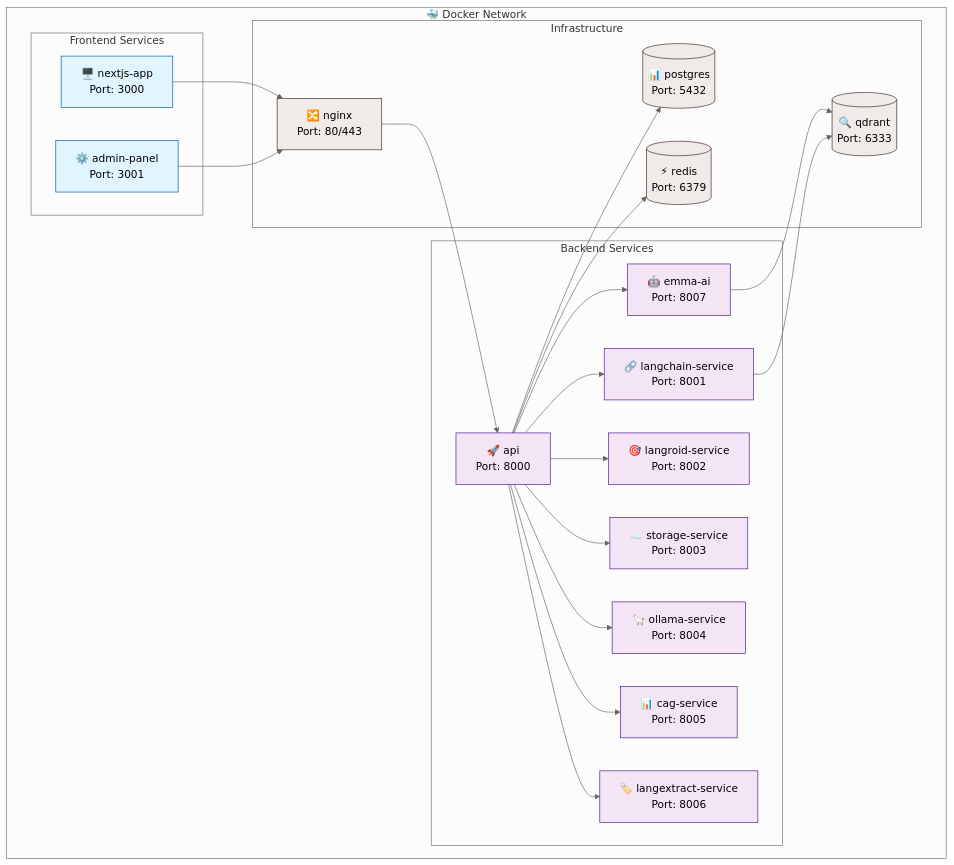
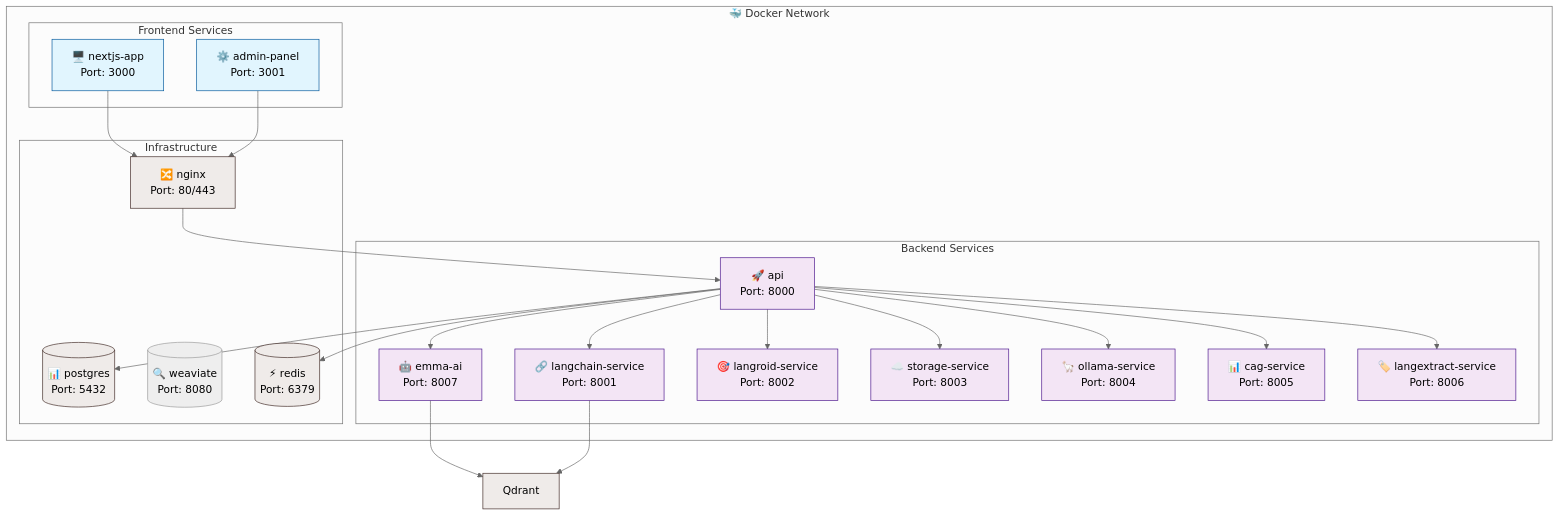
One commit to horelvis/nexus-documents-ia changed the fifth of 5 diagrams in README.md. Above: the diagram before and after it, drawn with Mermaid (neutral theme). The commit also changed 3 other files, not shown here.

First line of the commit message:
docs: corregir inconsistencias Qdrant/Weaviate en documentacion

````diff
--- a/README.md
+++ b/README.md
@@ -424,52 +424,52 @@
 ```mermaid
 graph TB
     subgraph "🐳 Docker Network"
         subgraph "Frontend Services"
             NextJS[🖥️ nextjs-app<br/>Port: 3000]
             Admin[⚙️ admin-panel<br/>Port: 3001]
         end
 
         subgraph "Backend Services"
             API[🚀 api<br/>Port: 8000]
             Emma[🤖 emma-ai<br/>Port: 8007]
             LangChain[🔗 langchain-service<br/>Port: 8001]
             Langroid[🎯 langroid-service<br/>Port: 8002]
             Storage[☁️ storage-service<br/>Port: 8003]
             Ollama[🦙 ollama-service<br/>Port: 8004]
             CAG[📊 cag-service<br/>Port: 8005]
             LangExtract[🏷️ langextract-service<br/>Port: 8006]
         end
 
         subgraph "Infrastructure"
             Postgres[(📊 postgres<br/>Port: 5432)]
-            Qdrant[(🔍 qdrant<br/>Port: 6333)]
+            Weaviate[(🔍 weaviate<br/>Port: 8080)]
             Redis[(⚡ redis<br/>Port: 6379)]
             Nginx[🔀 nginx<br/>Port: 80/443]
         end
     end
 
     NextJS --> Nginx
     Admin --> Nginx
     Nginx --> API
 
     API --> Emma
     API --> LangChain
     API --> Langroid
     API --> Storage
     API --> Ollama
     API --> CAG
     API --> LangExtract
 
     Emma --> Qdrant
     LangChain --> Qdrant
     API --> Postgres
     API --> Redis
 
     classDef frontend fill:#e1f5fe,stroke:#01579b
     classDef backend fill:#f3e5f5,stroke:#4a148c
     classDef infra fill:#efebe9,stroke:#3e2723
 
     class NextJS,Admin frontend
     class API,Emma,LangChain,Langroid,Storage,Ollama,CAG,LangExtract backend
     class Postgres,Qdrant,Redis,Nginx infra
 ```
````
